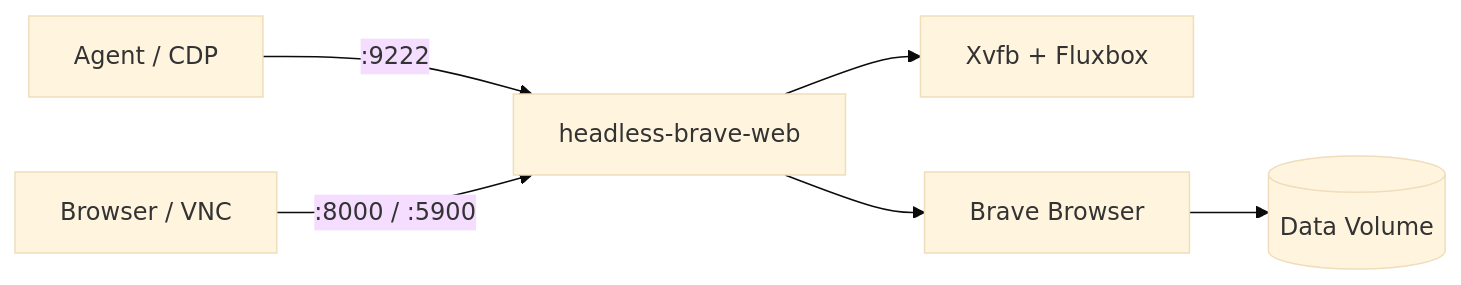
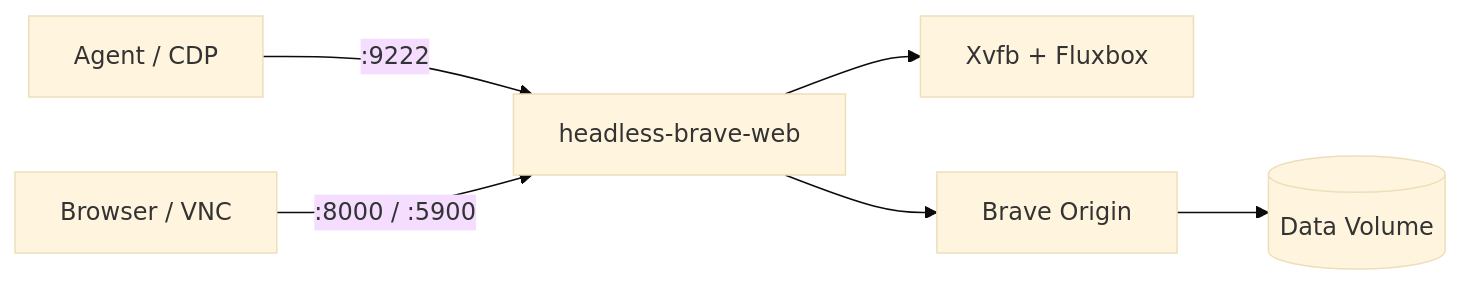
Before and after one commit to Delnegend/headless-brave: the diagram in README.md, drawn with Mermaid (base theme). The commit also changed other lines of this file and 13 other files, not shown here.

First line of the commit message:
feat(browser): run Brave Origin instead of Brave

````diff
--- a/README.md
+++ b/README.md
@@ -59,8 +59,8 @@
 ```mermaid
 flowchart LR
     Agent[Agent / CDP] -->|:9222| Service[headless-brave-web]
     Viewer[Browser / VNC] -->|:8000 / :5900| Service
     Service --> Screen[Xvfb + Fluxbox]
-    Service --> Brave[Brave Browser]
+    Service --> Brave[Brave Origin]
     Brave --> Profile[(Data Volume)]
 ```
````
